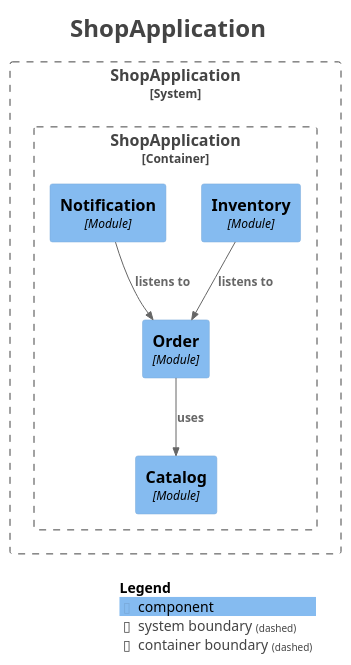
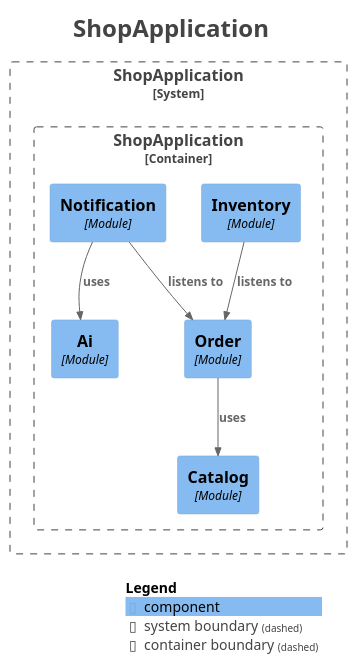
The diagram in docs/modules/components.puml (Datiacode-Tech/spring-modulith-shop), drawn with PlantUML before and after one commit. The commit also changed 33 other files, not shown here.

```diff
--- a/docs/modules/components.puml
+++ b/docs/modules/components.puml
@@ -1,34 +1,36 @@
 @startuml
 title <size:24>ShopApplication</size>
 
 set separator none
 top to bottom direction
 
 <style>
   root {
     BackgroundColor: #ffffff
     FontColor: #444444
   }
 </style>
 
 !include <C4/C4>
 !include <C4/C4_Context>
 !include <C4/C4_Component>
 
 System_Boundary("ShopApplication_boundary", "ShopApplication", $tags="") {
   Container_Boundary("ShopApplication.ShopApplication_boundary", "ShopApplication", $tags="") {
+    Component(ShopApplication.ShopApplication.Ai, "Ai", $techn="Module", $descr="", $tags="", $link="")
     Component(ShopApplication.ShopApplication.Catalog, "Catalog", $techn="Module", $descr="", $tags="", $link="")
     Component(ShopApplication.ShopApplication.Order, "Order", $techn="Module", $descr="", $tags="", $link="")
     Component(ShopApplication.ShopApplication.Inventory, "Inventory", $techn="Module", $descr="", $tags="", $link="")
     Component(ShopApplication.ShopApplication.Notification, "Notification", $techn="Module", $descr="", $tags="", $link="")
   }
 
 }
 
+Rel(ShopApplication.ShopApplication.Notification, ShopApplication.ShopApplication.Ai, "uses", $techn="", $tags="", $link="")
+Rel(ShopApplication.ShopApplication.Order, ShopApplication.ShopApplication.Catalog, "uses", $techn="", $tags="", $link="")
 Rel(ShopApplication.ShopApplication.Inventory, ShopApplication.ShopApplication.Order, "listens to", $techn="", $tags="", $link="")
 Rel(ShopApplication.ShopApplication.Notification, ShopApplication.ShopApplication.Order, "listens to", $techn="", $tags="", $link="")
-Rel(ShopApplication.ShopApplication.Order, ShopApplication.ShopApplication.Catalog, "uses", $techn="", $tags="", $link="")
 
 SHOW_LEGEND(true)
 hide stereotypes
 @enduml
```
